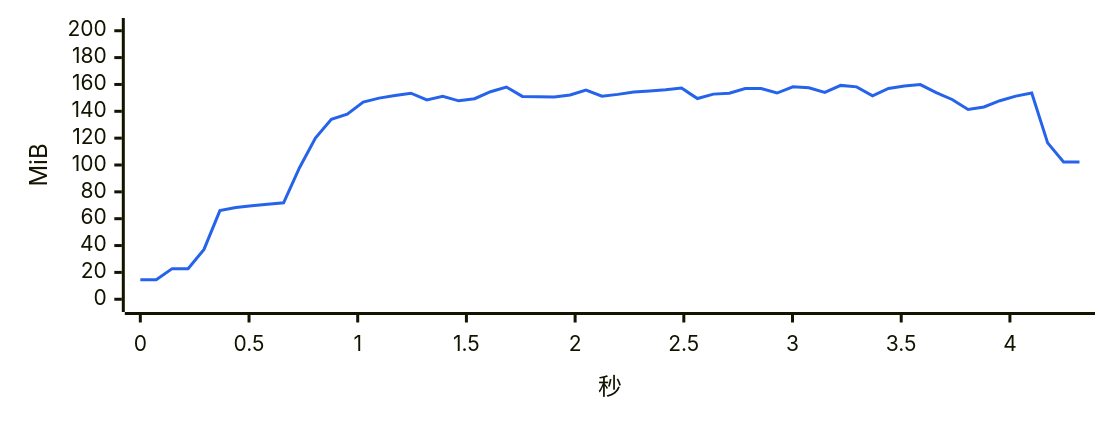
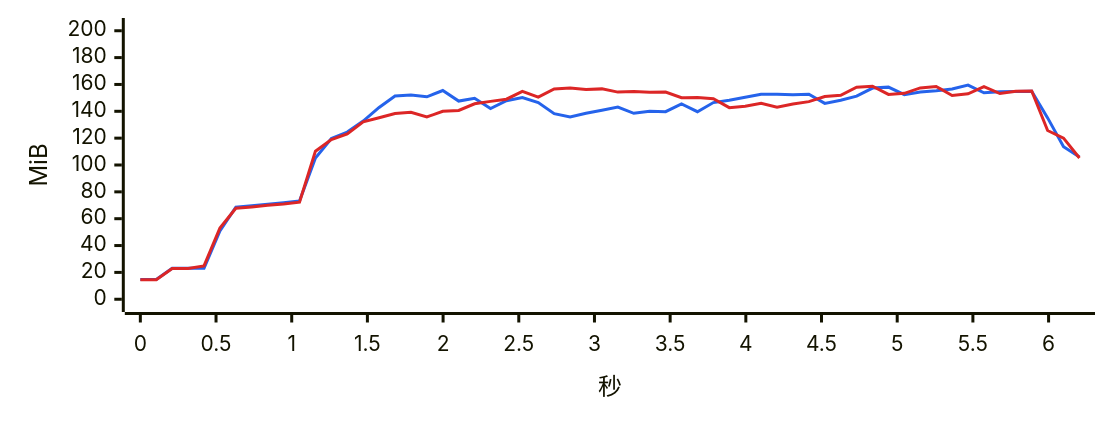
The third of 17 diagrams in bench/v4.0.0/summary.md (334456777/WeFlow), drawn with Mermaid before and after one commit. The commit also changed other lines of this file and 3 other files, not shown here.

````diff
--- a/bench/v4.0.0/summary.md
+++ b/bench/v4.0.0/summary.md
@@ -309,7 +309,8 @@
 ```mermaid
-%%{init: {"xyChart": {"width": 720, "height": 260}, "themeVariables": {"xyChart": {"plotColorPalette": "#2563eb"}}}}%%
+%%{init: {"xyChart": {"width": 720, "height": 260}, "themeVariables": {"xyChart": {"plotColorPalette": "#2563eb, #dc2626"}}}}%%
 xychart-beta
-    x-axis "秒" 0 --> 4.32
+    x-axis "秒" 0 --> 6.204
     y-axis "MiB" 0 --> 200
-    line [14.6, 14.6, 22.8, 22.8, 37.1, 66.0, 68.4, 69.7, 70.7, 71.8, 98.0, 120.1, 134.1, 137.9, 146.9, 149.8, 151.7, 153.5, 148.5, 151.1, 147.8, 149.4, 154.6, 158.1, 151.1, 150.9, 150.7, 152.2, 155.8, 151.3, 152.6, 154.3, 155.2, 156.1, 157.3, 149.5, 152.8, 153.5, 156.9, 157.0, 153.6, 158.2, 157.5, 154.1, 159.3, 158.2, 151.5, 157.0, 158.8, 159.9, 153.9, 148.8, 141.4, 143.2, 147.9, 151.3, 153.6, 116.5, 102.3, 102.3]
+    line [14.7, 14.7, 23.0, 23.0, 23.1, 50.9, 68.6, 69.7, 70.7, 71.9, 73.2, 105.2, 119.7, 124.5, 132.7, 142.9, 151.4, 152.1, 150.8, 155.5, 147.6, 149.7, 142.1, 147.9, 150.2, 146.5, 138.2, 135.7, 138.5, 140.8, 143.2, 138.5, 140.0, 139.7, 145.5, 139.7, 146.5, 148.2, 150.4, 152.7, 152.7, 152.3, 152.7, 145.9, 148.2, 151.3, 157.3, 158.0, 152.4, 154.3, 155.3, 156.6, 159.5, 153.8, 154.5, 154.7, 155.0, 135.1, 113.6, 105.9]
+    line [14.6, 14.6, 22.9, 22.9, 24.8, 53.0, 67.8, 68.8, 70.0, 71.0, 72.3, 110.3, 119.0, 123.2, 132.1, 135.2, 138.4, 139.3, 135.8, 140.0, 140.6, 145.6, 147.4, 149.0, 154.9, 150.5, 156.7, 157.3, 156.2, 156.7, 154.3, 154.8, 154.2, 154.3, 150.1, 150.2, 149.3, 142.7, 143.8, 145.9, 143.1, 145.4, 147.2, 151.0, 151.9, 158.0, 158.7, 152.6, 153.4, 157.4, 158.5, 151.8, 153.0, 158.3, 153.2, 154.9, 155.1, 125.7, 120.0, 105.2]
 ```
````
